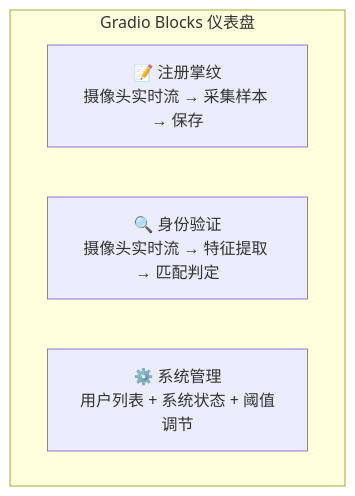
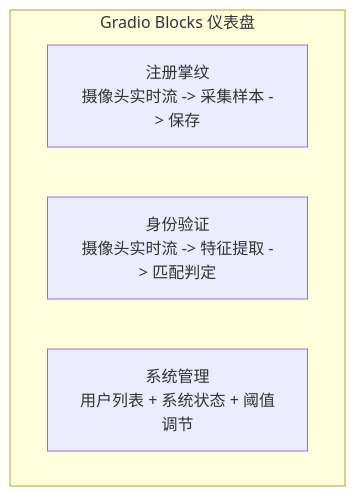
Before and after one commit to zhouxzh/Ascend310: the sixth of 7 diagrams in src/experiment/case4.md, drawn with Mermaid. The commit also changed other lines of this file and 51 other files, not shown here.

````diff
--- a/src/experiment/case4.md
+++ b/src/experiment/case4.md
@@ -506,8 +506,8 @@
 ```mermaid
 flowchart TD
     subgraph UI["Gradio Blocks 仪表盘"]
-        TAB1["📝 注册掌纹\n摄像头实时流 → 采集样本 → 保存"]
-        TAB2["🔍 身份验证\n摄像头实时流 → 特征提取 → 匹配判定"]
-        TAB3["⚙️ 系统管理\n用户列表 + 系统状态 + 阈值调节"]
+        TAB1[" 注册掌纹\n摄像头实时流 -> 采集样本 -> 保存"]
+        TAB2[" 身份验证\n摄像头实时流 -> 特征提取 -> 匹配判定"]
+        TAB3[" 系统管理\n用户列表 + 系统状态 + 阈值调节"]
     end
 ```
````
